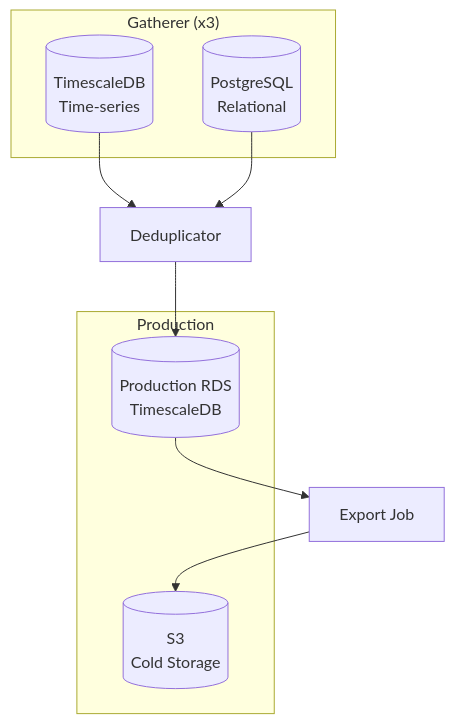
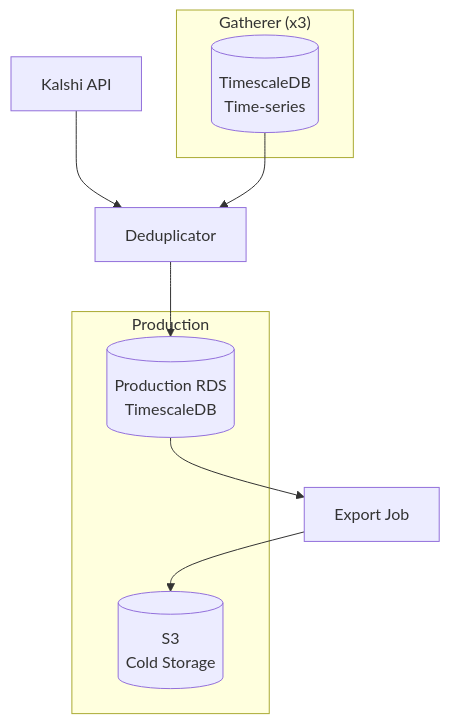
Before and after one commit to Projectsrxg/kalshi_v2: the first of 3 diagrams in docs/kalshi-data/storage/README.md, drawn with Mermaid. The commit also changed other lines of this file and 27 other files, not shown here.

````diff
--- a/docs/kalshi-data/storage/README.md
+++ b/docs/kalshi-data/storage/README.md
@@ -11,18 +11,17 @@
 ```mermaid
 flowchart TD
     subgraph Gatherer["Gatherer (x3)"]
         TS[(TimescaleDB\nTime-series)]
-        PG[(PostgreSQL\nRelational)]
     end
 
     subgraph Production
         RDS[(Production RDS\nTimescaleDB)]
         S3[(S3\nCold Storage)]
     end
 
+    KALSHI[Kalshi API] --> DEDUP
     TS --> DEDUP[Deduplicator]
-    PG --> DEDUP
     DEDUP --> RDS
     RDS --> EXPORT[Export Job]
     EXPORT --> S3
 ```
````
